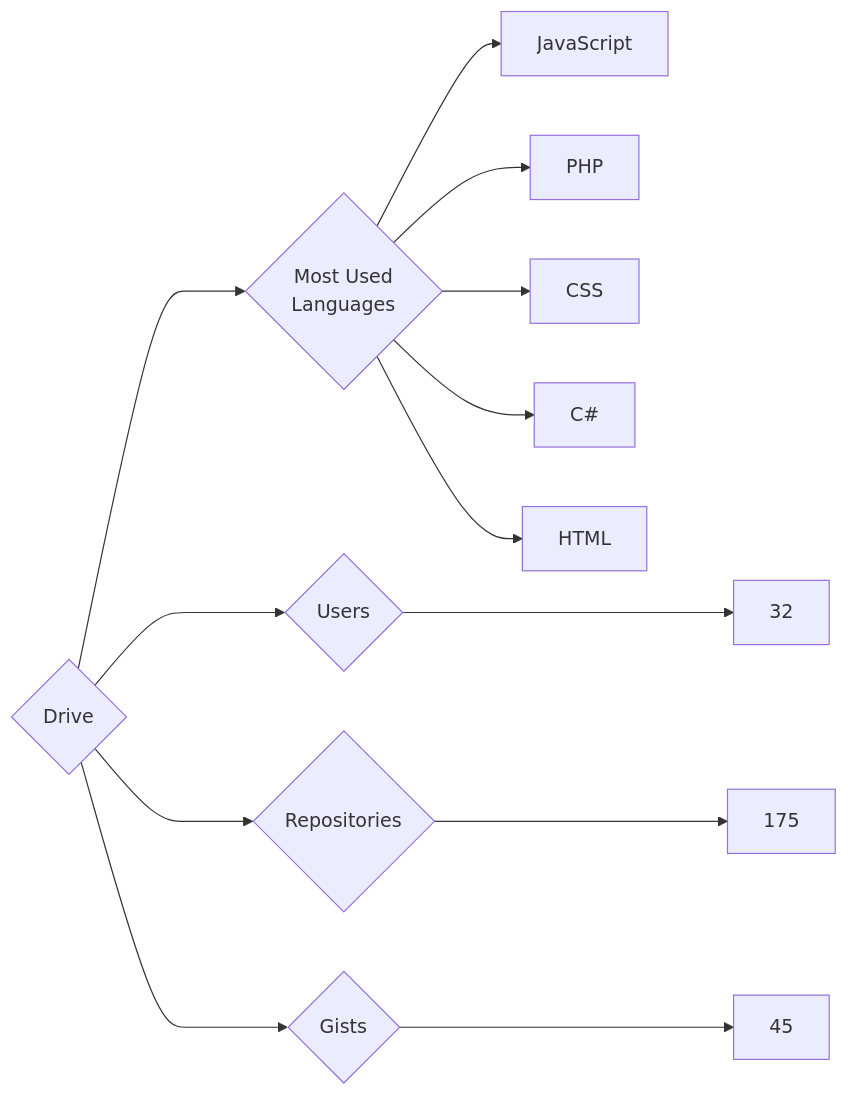
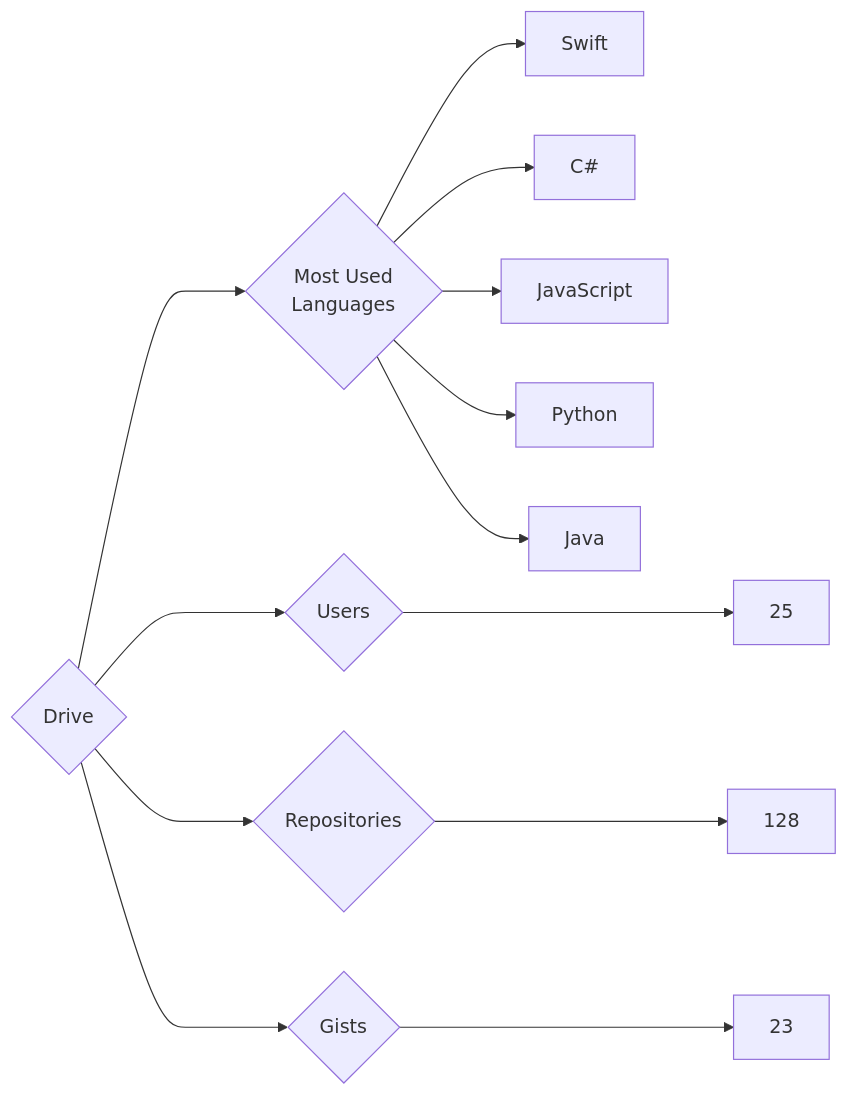
One commit to trickest/insiders changed the diagram in targets/Drive/README.md. Above: the diagram before and after it, drawn with Mermaid. The commit also changed 965 other files, not shown here.

````diff
--- a/targets/Drive/README.md
+++ b/targets/Drive/README.md
@@ -3,13 +3,13 @@
 ```mermaid
 graph LR
 COMPANY_NAME{Drive}
-COMPANY_NAME ---> U{Users} ---> UN[32]
-COMPANY_NAME ---> R{Repositories} ---> RN[175]
-COMPANY_NAME ---> G{Gists} ---> GN[45]
+COMPANY_NAME ---> U{Users} ---> UN[25]
+COMPANY_NAME ---> R{Repositories} ---> RN[128]
+COMPANY_NAME ---> G{Gists} ---> GN[23]
 COMPANY_NAME ---> ML{Most Used<br>Languages}
+ML --> Swift[Swift]
+ML --> C#[C#]
 ML --> JavaScript[JavaScript]
-ML --> PHP[PHP]
-ML --> CSS[CSS]
-ML --> C#[C#]
-ML --> HTML[HTML]
+ML --> Python[Python]
+ML --> Java[Java]
 ```
````
